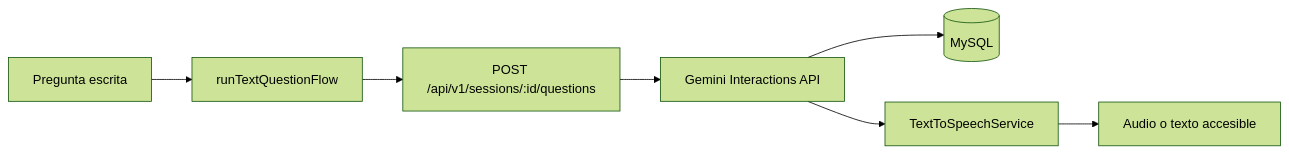
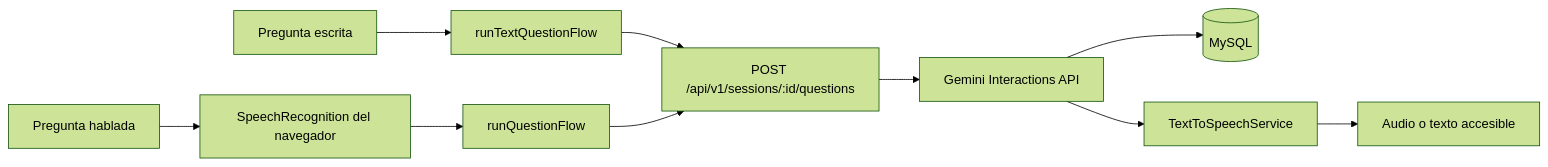
The diagram in docs/AI_INTEGRATION.md (marianafloreslopez99/Taichi), drawn with Mermaid (forest theme) before and after one commit. The commit also changed other lines of this file and 70 other files, not shown here.

````diff
--- a/docs/AI_INTEGRATION.md
+++ b/docs/AI_INTEGRATION.md
@@ -3,9 +3,12 @@
 ```mermaid
 flowchart LR
-  M[Pregunta escrita] --> Q[runTextQuestionFlow]
+  M[Pregunta hablada] --> R[SpeechRecognition del navegador]
+  R --> Q[runQuestionFlow]
+  E[Pregunta escrita] --> W[runTextQuestionFlow]
+  W --> P
   Q --> P[POST /api/v1/sessions/:id/questions]
   P --> L[Gemini Interactions API]
   L --> D[(MySQL)]
   L --> T[TextToSpeechService]
   T --> A[Audio o texto accesible]
 ```
````
